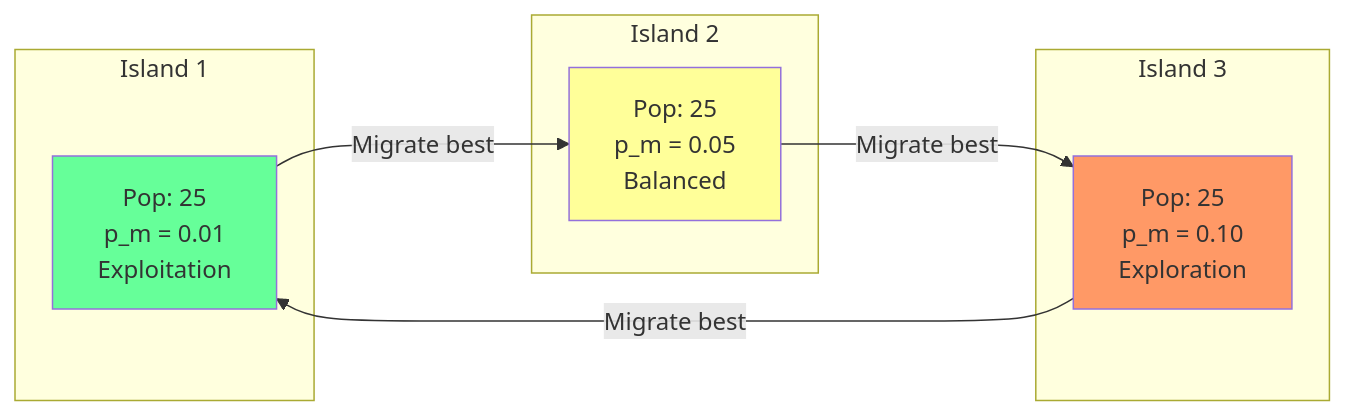
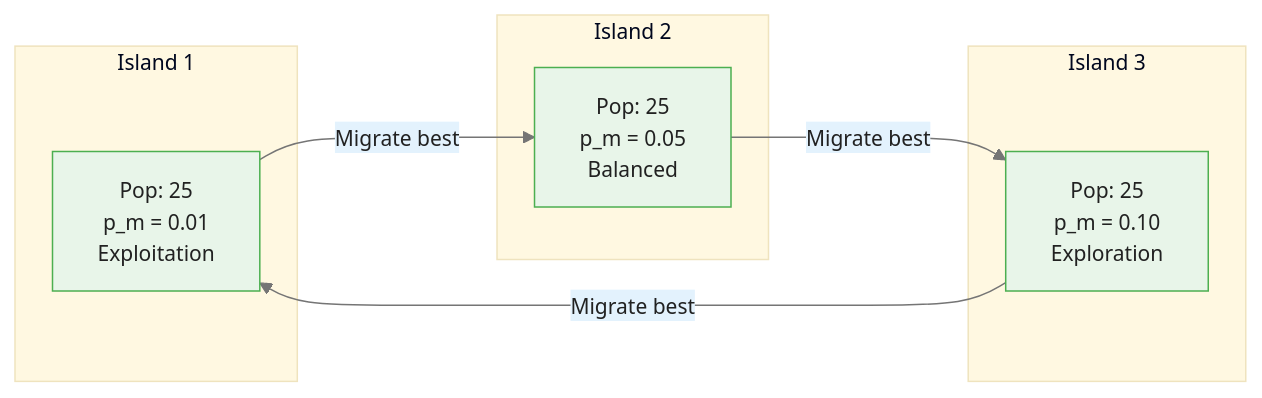
Before and after one commit to m-deane/course-creator: the fourth of 4 diagrams in courses/genetic-algorithms-feature-selection/modules/module_05_advanced/guides/03_adaptive_operators_slides.md, drawn with Mermaid. The commit also changed other lines of this file and 52 other files, not shown here.

````diff
--- a/courses/genetic-algorithms-feature-selection/modules/module_05_advanced/guides/03_adaptive_operators_slides.md
+++ b/courses/genetic-algorithms-feature-selection/modules/module_05_advanced/guides/03_adaptive_operators_slides.md
@@ -227,20 +223,18 @@
 ```mermaid
+%%{init: {"theme": "base", "themeVariables": {"primaryColor": "#e8f5e9", "primaryBorderColor": "#4caf50", "primaryTextColor": "#212121", "secondaryColor": "#e3f2fd", "tertiaryColor": "#fff8e1", "lineColor": "#757575", "fontFamily": "Inter, sans-serif", "fontSize": "14px"}}}%%
 flowchart LR
     subgraph "Island 1"
         A1["Pop: 25<br/>p_m = 0.01<br/>Exploitation"]
     end
     subgraph "Island 2"
         A2["Pop: 25<br/>p_m = 0.05<br/>Balanced"]
     end
     subgraph "Island 3"
         A3["Pop: 25<br/>p_m = 0.10<br/>Exploration"]
     end
 
     A1 -->|"Migrate best"| A2
     A2 -->|"Migrate best"| A3
     A3 -->|"Migrate best"| A1
 
-    style A1 fill:#6f9
-    style A2 fill:#ff9
-    style A3 fill:#f96
 ```
````
